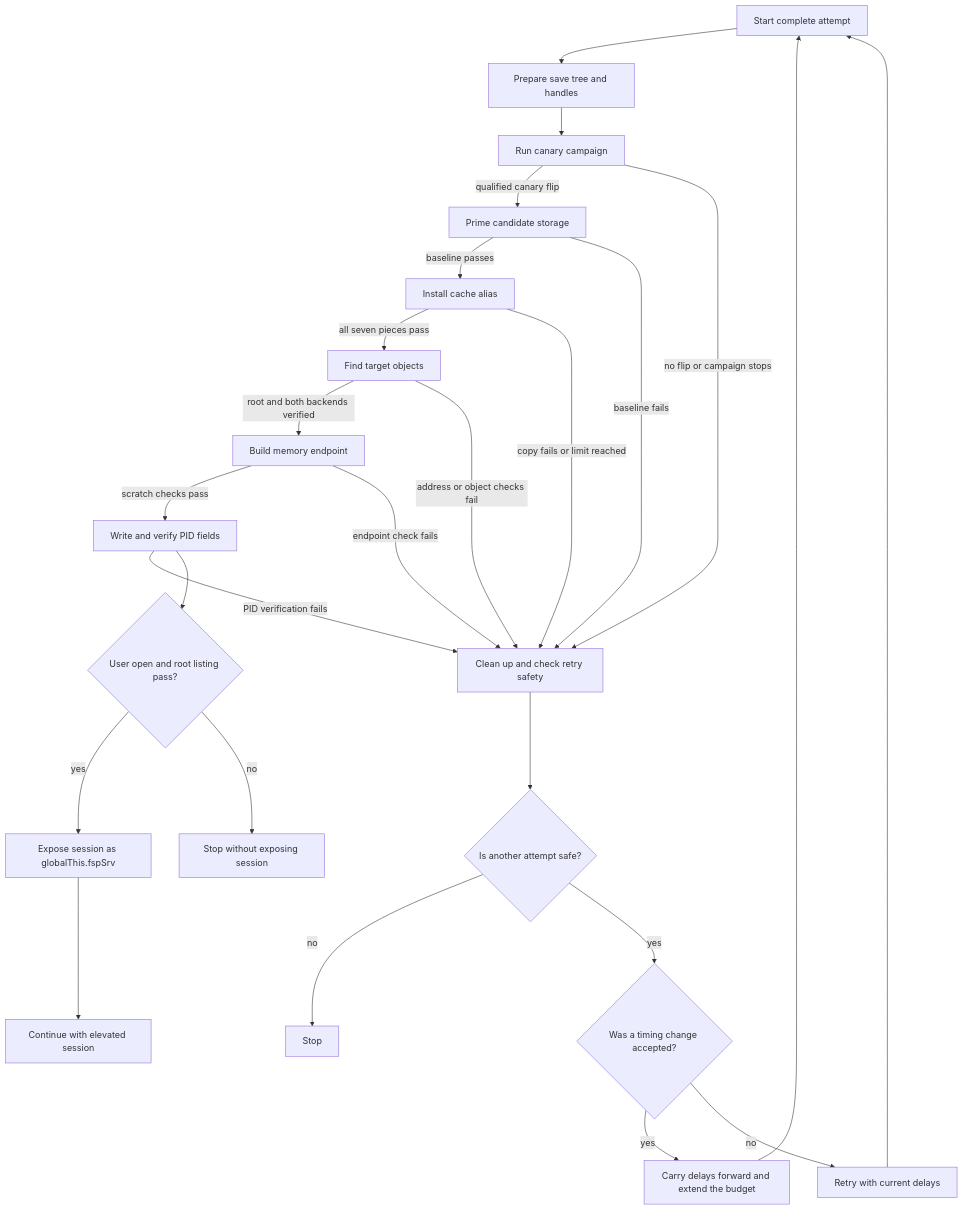
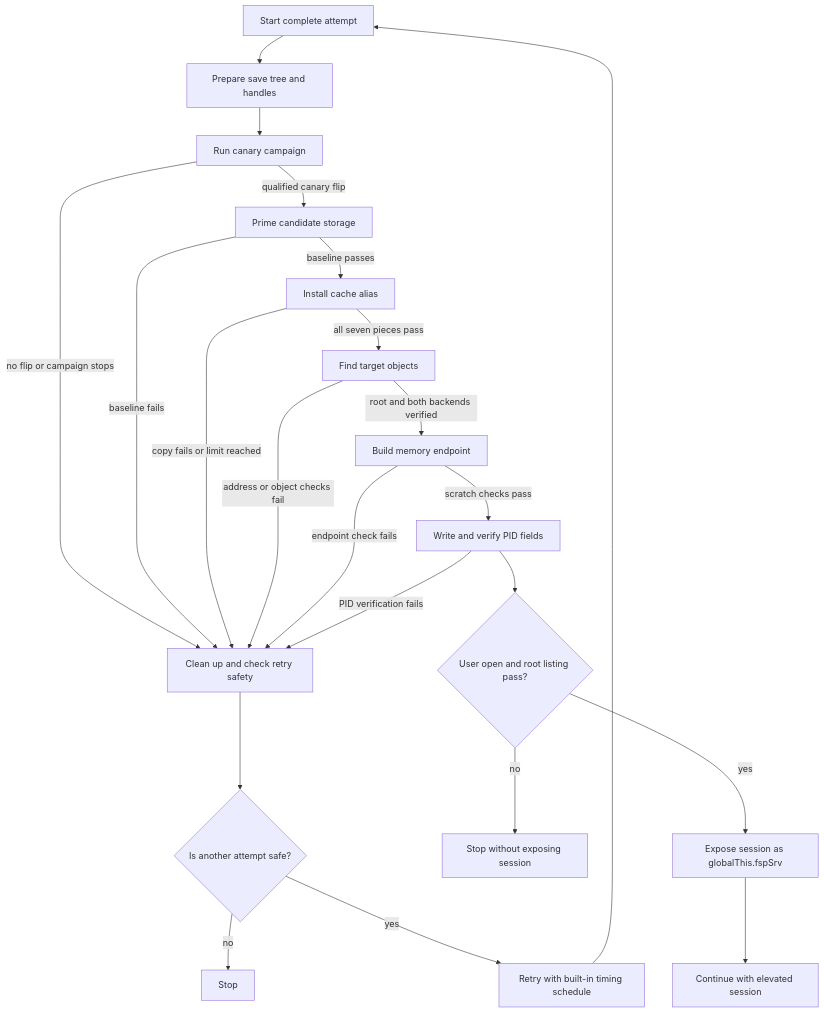
Before and after one commit to ItsNerisma/CivSwitchFS: the first of 6 diagrams in HOW_IT_WORKS.md, drawn with Mermaid. The commit also changed other lines of this file and 5 other files, not shown here.

````diff
--- a/HOW_IT_WORKS.md
+++ b/HOW_IT_WORKS.md
@@ -46,27 +46,24 @@
 ```mermaid
 flowchart TD
     A[Start complete attempt] --> B[Prepare save tree and handles]
     B --> C[Run canary campaign]
     C -->|qualified canary flip| D[Prime candidate storage]
     C -->|no flip or campaign stops| R[Clean up and check retry safety]
     D -->|baseline passes| E[Install cache alias]
     D -->|baseline fails| R
     E -->|all seven pieces pass| F[Find target objects]
     E -->|copy fails or limit reached| R
     F -->|root and both backends verified| G[Build memory endpoint]
     F -->|address or object checks fail| R
     G -->|scratch checks pass| H[Write and verify PID fields]
     G -->|endpoint check fails| R
     H -->|PID verification fails| R
     H --> I{User open and root listing pass?}
     I -->|yes| J[Expose session as globalThis.fspSrv]
     I -->|no| K[Stop without exposing session]
     J --> Z[Continue with elevated session]
     R --> S{Is another attempt safe?}
     S -->|no| X[Stop]
-    S -->|yes| T{Was a timing change accepted?}
-    T -->|yes| U[Carry delays forward and extend the budget]
-    T -->|no| V[Retry with current delays]
-    U --> A
-    V --> A
+    S -->|yes| T[Retry with built-in timing schedule]
+    T --> A
 ```
````
